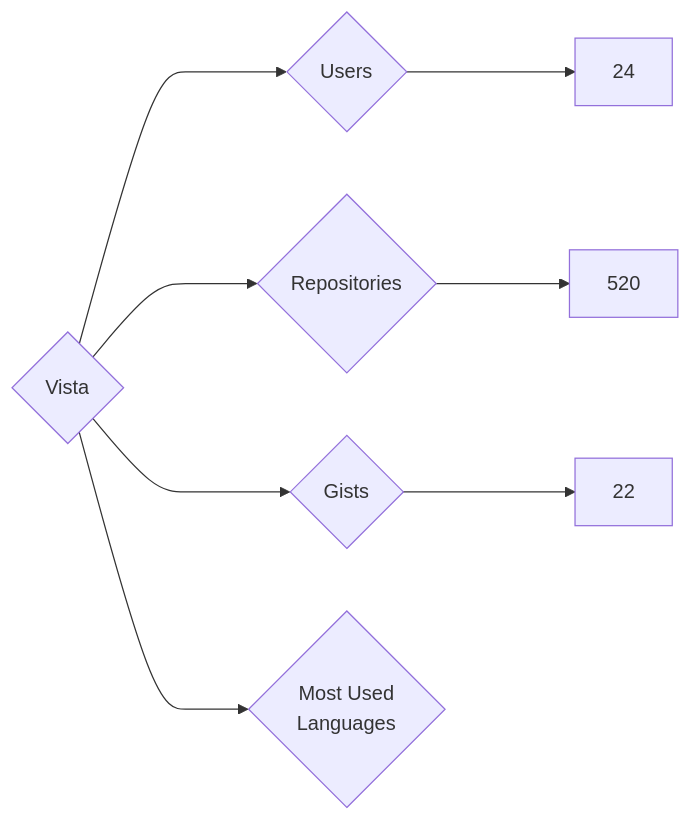
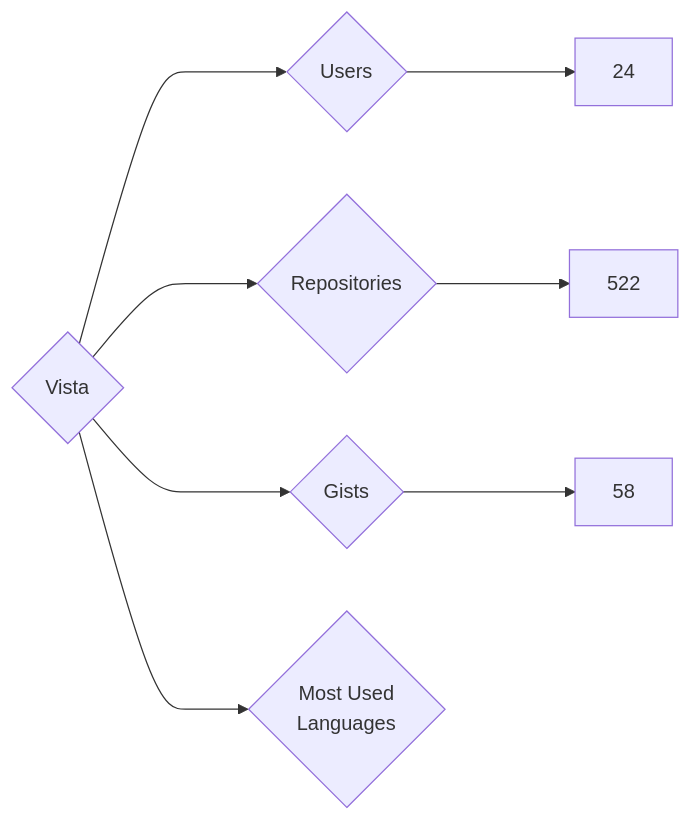
The diagram in targets/Vista/README.md (nenadzaric/insiders), drawn with Mermaid before and after one commit. The commit also changed 1342 other files, not shown here.

````diff
--- a/targets/Vista/README.md
+++ b/targets/Vista/README.md
@@ -3,8 +3,8 @@
 ```mermaid
 graph LR
 COMPANY_NAME{Vista}
 COMPANY_NAME ---> U{Users} ---> UN[24]
-COMPANY_NAME ---> R{Repositories} ---> RN[520]
-COMPANY_NAME ---> G{Gists} ---> GN[22]
+COMPANY_NAME ---> R{Repositories} ---> RN[522]
+COMPANY_NAME ---> G{Gists} ---> GN[58]
 COMPANY_NAME ---> ML{Most Used<br>Languages}
 ```
````
